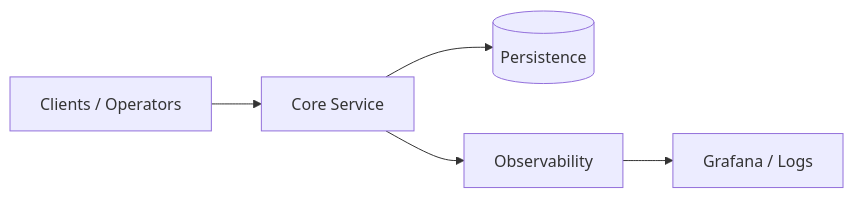
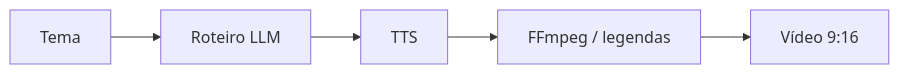
Before and after one commit to SrSatriano/autonomous-short-form-video-pipeline: the diagram in docs/ARCHITECTURE.md, drawn with Mermaid. The commit also changed other lines of this file and 7 other files, not shown here.

````diff
--- a/docs/ARCHITECTURE.md
+++ b/docs/ARCHITECTURE.md
@@ -7,7 +13,7 @@
 ```mermaid
 flowchart LR
-  Client[Clients / Operators] --> API[Core Service]
-  API --> Store[(Persistence)]
-  API --> Metrics[Observability]
-  Metrics --> Dashboard[Grafana / Logs]
+  T[Tema] --> R[Roteiro LLM]
+  R --> TTS[TTS]
+  TTS --> FF[FFmpeg / legendas]
+  FF --> MP4[Vídeo 9:16]
 ```
````
